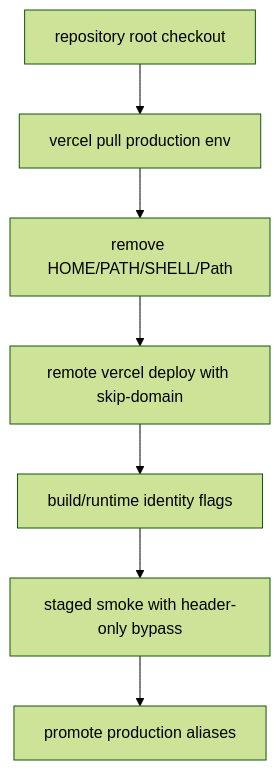
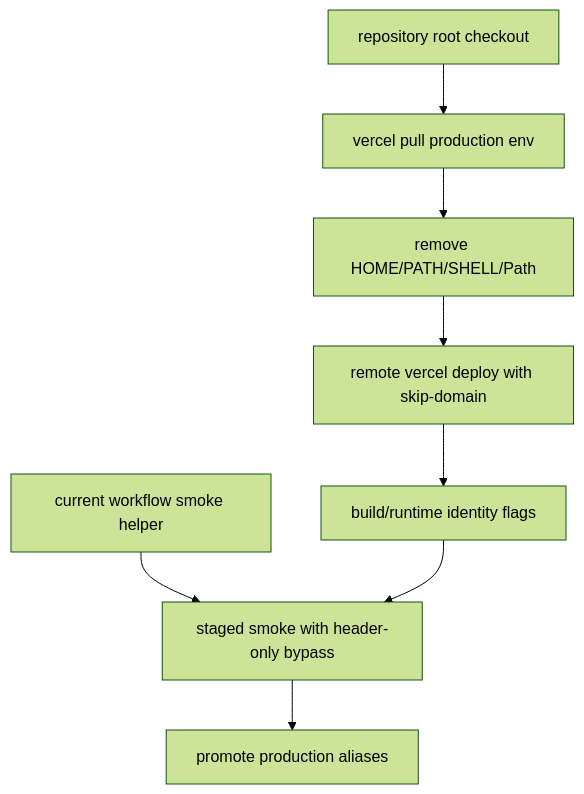
Before and after one commit to ramideltoro/nutsnews-docs: the diagram in updates/README_VERCEL_PRODUCTION_BUILD_SHELL_ENV_FIX.md, drawn with Mermaid (forest theme). The commit also changed other lines of this file, not shown here.

Commit message:
docs: document current Vercel smoke helper fix

````diff
--- a/updates/README_VERCEL_PRODUCTION_BUILD_SHELL_ENV_FIX.md
+++ b/updates/README_VERCEL_PRODUCTION_BUILD_SHELL_ENV_FIX.md
@@ -99,9 +111,10 @@
 ```mermaid
 flowchart TD
   root["repository root checkout"] --> pull["vercel pull production env"]
   pull --> strip["remove HOME/PATH/SHELL/Path"]
   strip --> staged["remote vercel deploy with skip-domain"]
   staged --> identity["build/runtime identity flags"]
-  identity --> smoke["staged smoke with header-only bypass"]
+  current["current workflow smoke helper"] --> smoke["staged smoke with header-only bypass"]
+  identity --> smoke
   smoke --> promote["promote production aliases"]
 ```
````
